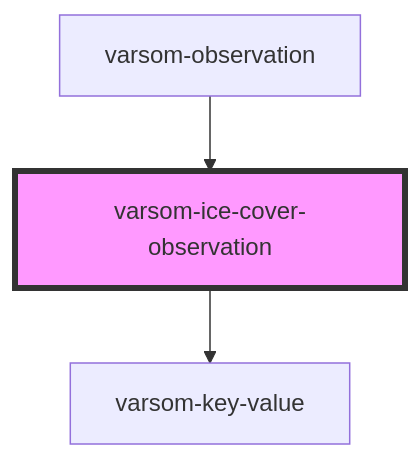
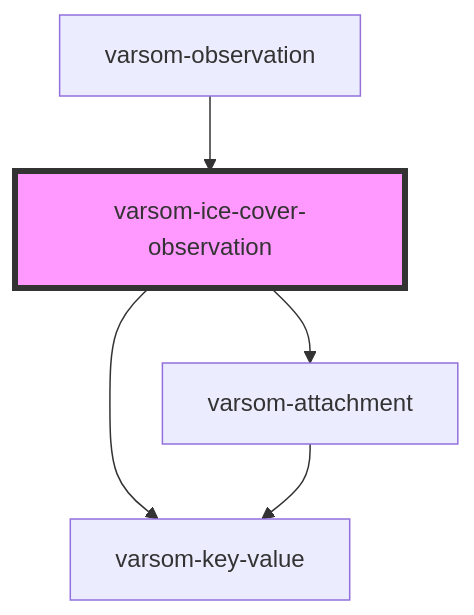
Before and after one commit to NVE/varsom-observation: the diagram in observasjonskort/src/components/varsom-ice-cover-observation/readme.md, drawn with Mermaid. The commit also changed other lines of this file and 34 other files, not shown here.

````diff
--- a/observasjonskort/src/components/varsom-ice-cover-observation/readme.md
+++ b/observasjonskort/src/components/varsom-ice-cover-observation/readme.md
@@ -37,6 +39,8 @@
 ```mermaid
 graph TD;
   varsom-ice-cover-observation --> varsom-key-value
+  varsom-ice-cover-observation --> varsom-attachment
+  varsom-attachment --> varsom-key-value
   varsom-observation --> varsom-ice-cover-observation
   style varsom-ice-cover-observation fill:#f9f,stroke:#333,stroke-width:4px
 ```
````
